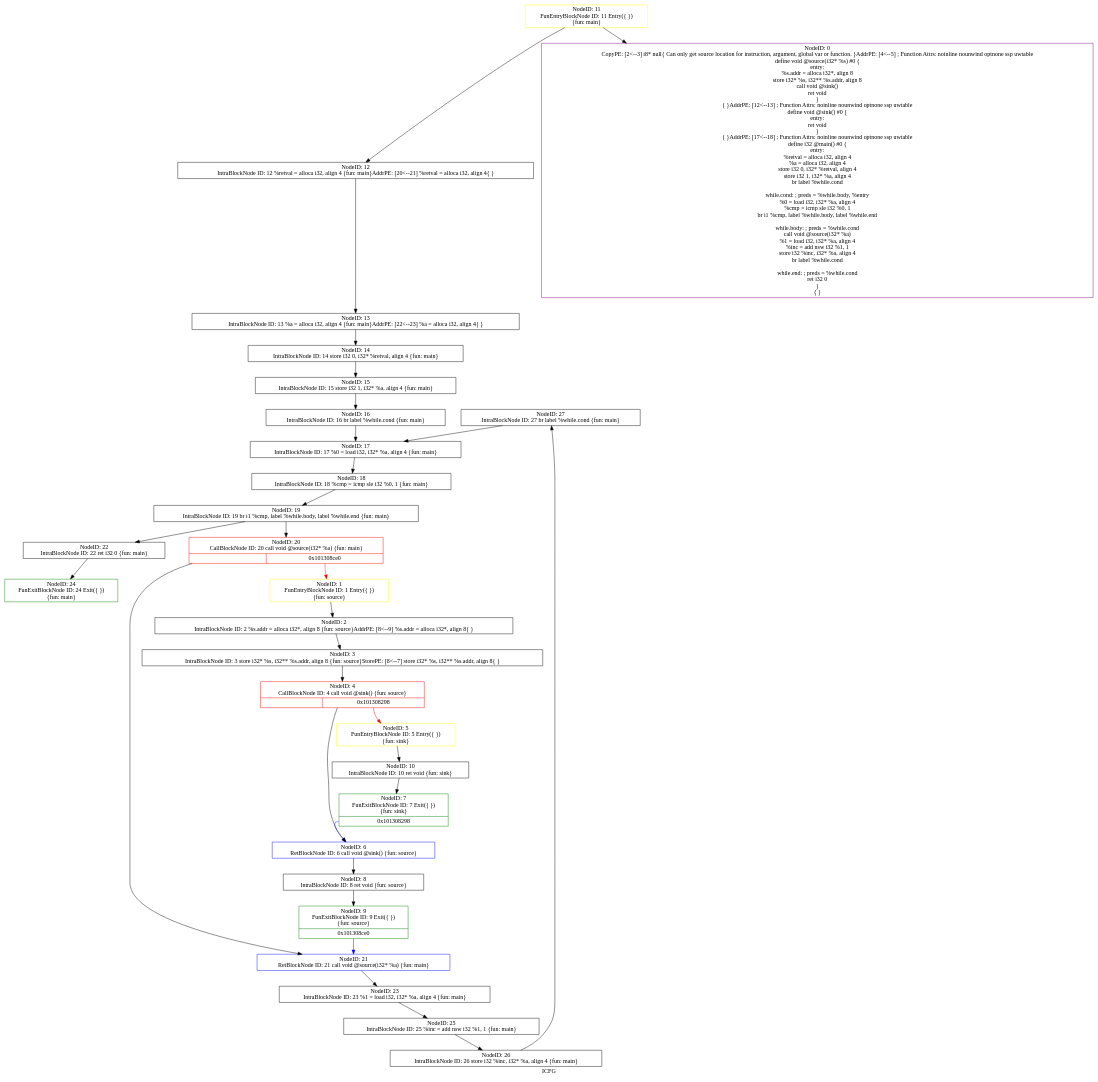
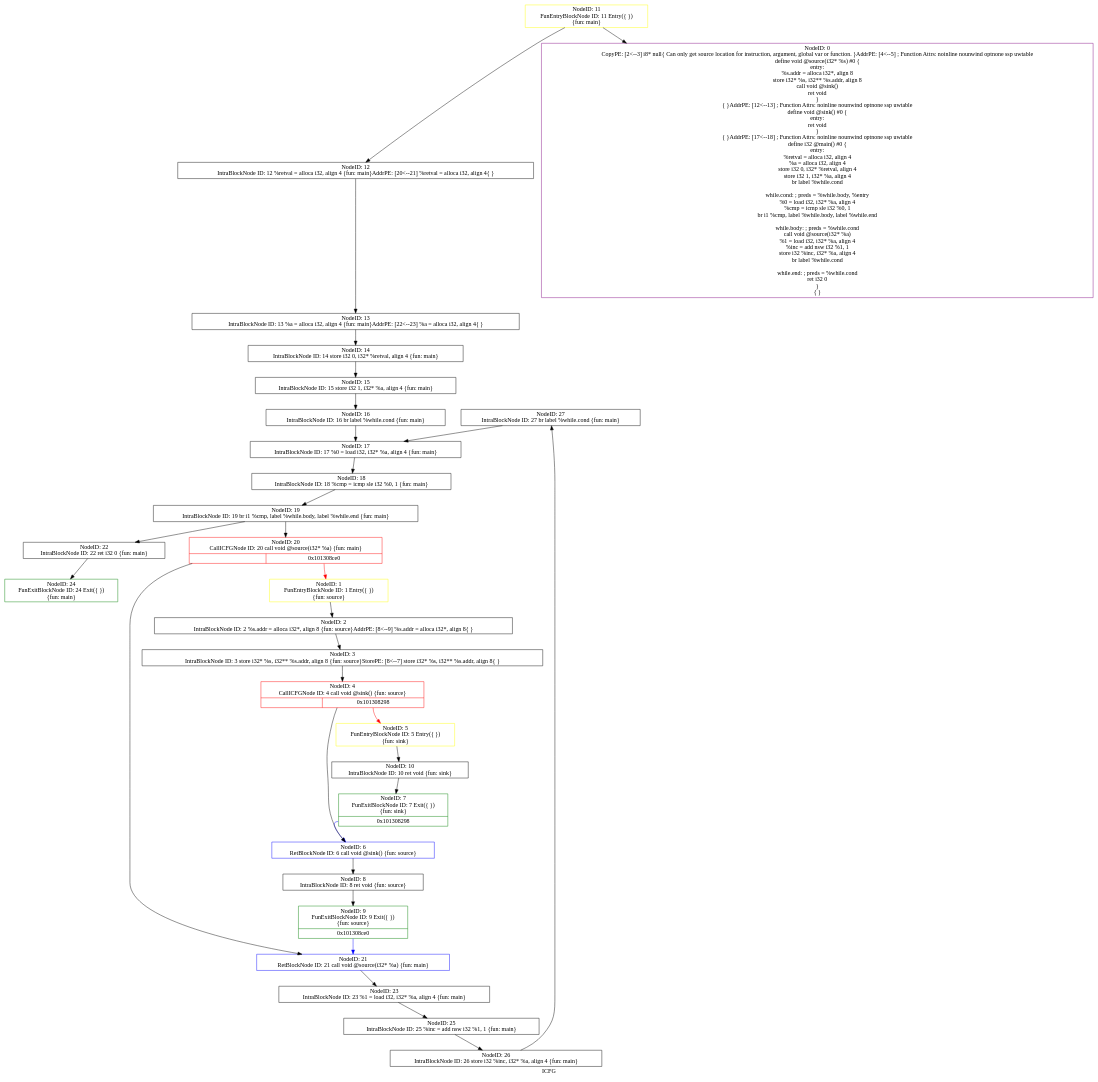
Before and after one commit to SVF-tools/Teaching-Software-Analysis: the diagram in Assignment-2/testcase/dot/icfg_test1.dot, drawn with Graphviz. The commit also changed 24 other files, not shown here.

```diff
--- a/Assignment-2/testcase/dot/icfg_test1.dot
+++ b/Assignment-2/testcase/dot/icfg_test1.dot
@@ -1,62 +1,62 @@
 digraph "ICFG" {
 	label="ICFG";
 
 	Node0x10140bf10 [shape=record,color=black,label="{NodeID: 27\nIntraBlockNode ID: 27   br label %while.cond \{fun: main\}}"];
 	Node0x10140bf10 -> Node0x10140acb0[style=solid];
 	Node0x10140bd90 [shape=record,color=black,label="{NodeID: 26\nIntraBlockNode ID: 26   store i32 %inc, i32* %a, align 4 \{fun: main\}}"];
 	Node0x10140bd90 -> Node0x10140bf10[style=solid];
 	Node0x10140bb50 [shape=record,color=black,label="{NodeID: 25\nIntraBlockNode ID: 25   %inc = add nsw i32 %1, 1 \{fun: main\}}"];
 	Node0x10140bb50 -> Node0x10140bd90[style=solid];
 	Node0x10140a450 [shape=record,color=green,label="{NodeID: 24\nFunExitBlockNode ID: 24 Exit(\{  \})\n \{fun: main\}}"];
 	Node0x10140b6e0 [shape=record,color=black,label="{NodeID: 23\nIntraBlockNode ID: 23   %1 = load i32, i32* %a, align 4 \{fun: main\}}"];
 	Node0x10140b6e0 -> Node0x10140bb50[style=solid];
 	Node0x10140b560 [shape=record,color=black,label="{NodeID: 22\nIntraBlockNode ID: 22   ret i32 0 \{fun: main\}}"];
 	Node0x10140b560 -> Node0x10140a450[style=solid];
 	Node0x10140b360 [shape=record,color=blue,label="{NodeID: 21\nRetBlockNode ID: 21   call void @source(i32* %a) \{fun: main\}}"];
 	Node0x10140b360 -> Node0x10140b6e0[style=solid];
-	Node0x10140b220 [shape=record,color=red,label="{NodeID: 20\nCallBlockNode ID: 20   call void @source(i32* %a) \{fun: main\}|{|<s1>0x101308ce0}}"];
+	Node0x10140b220 [shape=record,color=red,label="{NodeID: 20\nCallICFGNode ID: 20   call void @source(i32* %a) \{fun: main\}|{|<s1>0x101308ce0}}"];
 	Node0x10140b220 -> Node0x10140b360[style=solid];
 	Node0x10140b220:s1 -> Node0x101409760[style=solid,color=red];
 	Node0x10140afe0 [shape=record,color=black,label="{NodeID: 19\nIntraBlockNode ID: 19   br i1 %cmp, label %while.body, label %while.end \{fun: main\}}"];
 	Node0x10140afe0 -> Node0x10140b220[style=solid];
 	Node0x10140afe0 -> Node0x10140b560[style=solid];
 	Node0x10140ae90 [shape=record,color=black,label="{NodeID: 18\nIntraBlockNode ID: 18   %cmp = icmp sle i32 %0, 1 \{fun: main\}}"];
 	Node0x10140ae90 -> Node0x10140afe0[style=solid];
 	Node0x10140acb0 [shape=record,color=black,label="{NodeID: 17\nIntraBlockNode ID: 17   %0 = load i32, i32* %a, align 4 \{fun: main\}}"];
 	Node0x10140acb0 -> Node0x10140ae90[style=solid];
 	Node0x10140ab30 [shape=record,color=black,label="{NodeID: 16\nIntraBlockNode ID: 16   br label %while.cond \{fun: main\}}"];
 	Node0x10140ab30 -> Node0x10140acb0[style=solid];
 	Node0x10140a9b0 [shape=record,color=black,label="{NodeID: 15\nIntraBlockNode ID: 15   store i32 1, i32* %a, align 4 \{fun: main\}}"];
 	Node0x10140a9b0 -> Node0x10140ab30[style=solid];
 	Node0x10140a800 [shape=record,color=black,label="{NodeID: 14\nIntraBlockNode ID: 14   store i32 0, i32* %retval, align 4 \{fun: main\}}"];
 	Node0x10140a800 -> Node0x10140a9b0[style=solid];
 	Node0x10140a650 [shape=record,color=black,label="{NodeID: 13\nIntraBlockNode ID: 13   %a = alloca i32, align 4 \{fun: main\}AddrPE: [22\<--23]    %a = alloca i32, align 4\{  \}}"];
 	Node0x10140a650 -> Node0x10140a800[style=solid];
 	Node0x10140a540 [shape=record,color=black,label="{NodeID: 12\nIntraBlockNode ID: 12   %retval = alloca i32, align 4 \{fun: main\}AddrPE: [20\<--21]    %retval = alloca i32, align 4\{  \}}"];
 	Node0x10140a540 -> Node0x10140a650[style=solid];
 	Node0x10140a3b0 [shape=record,color=yellow,label="{NodeID: 11\nFunEntryBlockNode ID: 11 Entry(\{  \})\n \{fun: main\}}"];
 	Node0x10140a3b0 -> Node0x101307280[style=solid];
 	Node0x10140a3b0 -> Node0x10140a540[style=solid];
 	Node0x10140a200 [shape=record,color=black,label="{NodeID: 10\nIntraBlockNode ID: 10   ret void \{fun: sink\}}"];
 	Node0x10140a200 -> Node0x101409d20[style=solid];
 	Node0x10140a0e0 [shape=record,color=green,label="{NodeID: 9\nFunExitBlockNode ID: 9 Exit(\{  \})\n \{fun: source\}|{<s0>0x101308ce0}}"];
 	Node0x10140a0e0:s0 -> Node0x10140b360[style=solid,color=blue];
 	Node0x101409f00 [shape=record,color=black,label="{NodeID: 8\nIntraBlockNode ID: 8   ret void \{fun: source\}}"];
 	Node0x101409f00 -> Node0x10140a0e0[style=solid];
 	Node0x101409d20 [shape=record,color=green,label="{NodeID: 7\nFunExitBlockNode ID: 7 Exit(\{  \})\n \{fun: sink\}|{<s0>0x101308298}}"];
 	Node0x101409d20:s0 -> Node0x101409c80[style=solid,color=blue];
 	Node0x101409c80 [shape=record,color=blue,label="{NodeID: 6\nRetBlockNode ID: 6   call void @sink() \{fun: source\}}"];
 	Node0x101409c80 -> Node0x101409f00[style=solid];
 	Node0x101409b20 [shape=record,color=yellow,label="{NodeID: 5\nFunEntryBlockNode ID: 5 Entry(\{  \})\n \{fun: sink\}}"];
 	Node0x101409b20 -> Node0x10140a200[style=solid];
-	Node0x101409a70 [shape=record,color=red,label="{NodeID: 4\nCallBlockNode ID: 4   call void @sink() \{fun: source\}|{|<s1>0x101308298}}"];
+	Node0x101409a70 [shape=record,color=red,label="{NodeID: 4\nCallICFGNode ID: 4   call void @sink() \{fun: source\}|{|<s1>0x101308298}}"];
 	Node0x101409a70 -> Node0x101409c80[style=solid];
 	Node0x101409a70:s1 -> Node0x101409b20[style=solid,color=red];
 	Node0x101409950 [shape=record,color=black,label="{NodeID: 3\nIntraBlockNode ID: 3   store i32* %s, i32** %s.addr, align 8 \{fun: source\}StorePE: [8\<--7]    store i32* %s, i32** %s.addr, align 8\{  \}}"];
 	Node0x101409950 -> Node0x101409a70[style=solid];
 	Node0x101409800 [shape=record,color=black,label="{NodeID: 2\nIntraBlockNode ID: 2   %s.addr = alloca i32*, align 8 \{fun: source\}AddrPE: [8\<--9]    %s.addr = alloca i32*, align 8\{  \}}"];
 	Node0x101409800 -> Node0x101409950[style=solid];
 	Node0x101409760 [shape=record,color=yellow,label="{NodeID: 1\nFunEntryBlockNode ID: 1 Entry(\{  \})\n \{fun: source\}}"];
 	Node0x101409760 -> Node0x101409800[style=solid];
 	Node0x101307280 [shape=record,color=purple,label="{NodeID: 0\nCopyPE: [2\<--3]  i8* null\{ Can only get source location for instruction, argument, global var or function. \}AddrPE: [4\<--5]  ; Function Attrs: noinline nounwind optnone ssp uwtable\ndefine void @source(i32* %s) #0 \{\nentry:\n  %s.addr = alloca i32*, align 8\n  store i32* %s, i32** %s.addr, align 8\n  call void @sink()\n  ret void\n\}\n\{  \}AddrPE: [12\<--13]  ; Function Attrs: noinline nounwind optnone ssp uwtable\ndefine void @sink() #0 \{\nentry:\n  ret void\n\}\n\{  \}AddrPE: [17\<--18]  ; Function Attrs: noinline nounwind optnone ssp uwtable\ndefine i32 @main() #0 \{\nentry:\n  %retval = alloca i32, align 4\n  %a = alloca i32, align 4\n  store i32 0, i32* %retval, align 4\n  store i32 1, i32* %a, align 4\n  br label %while.cond\n\nwhile.cond:                                       ; preds = %while.body, %entry\n  %0 = load i32, i32* %a, align 4\n  %cmp = icmp sle i32 %0, 1\n  br i1 %cmp, label %while.body, label %while.end\n\nwhile.body:                                       ; preds = %while.cond\n  call void @source(i32* %a)\n  %1 = load i32, i32* %a, align 4\n  %inc = add nsw i32 %1, 1\n  store i32 %inc, i32* %a, align 4\n  br label %while.cond\n\nwhile.end:                                        ; preds = %while.cond\n  ret i32 0\n\}\n\{  \}}"];
 }
```
